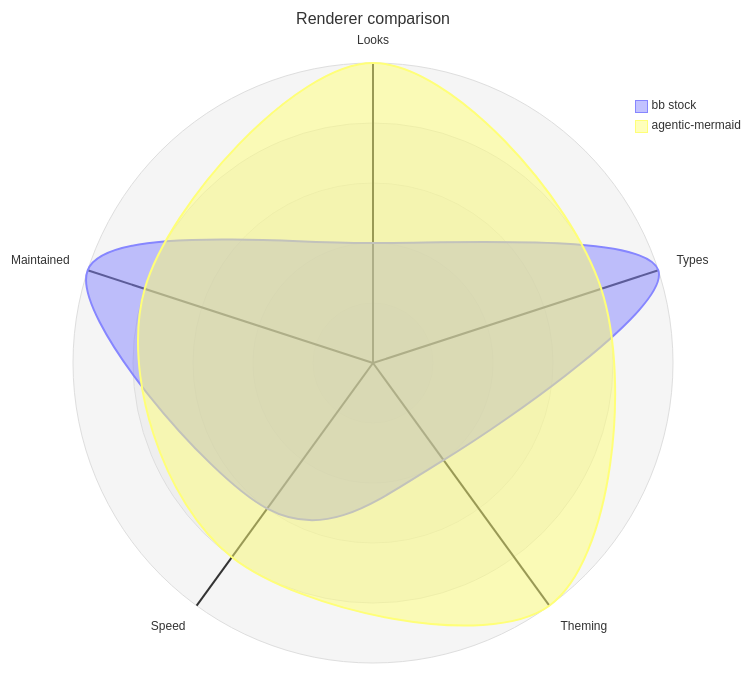
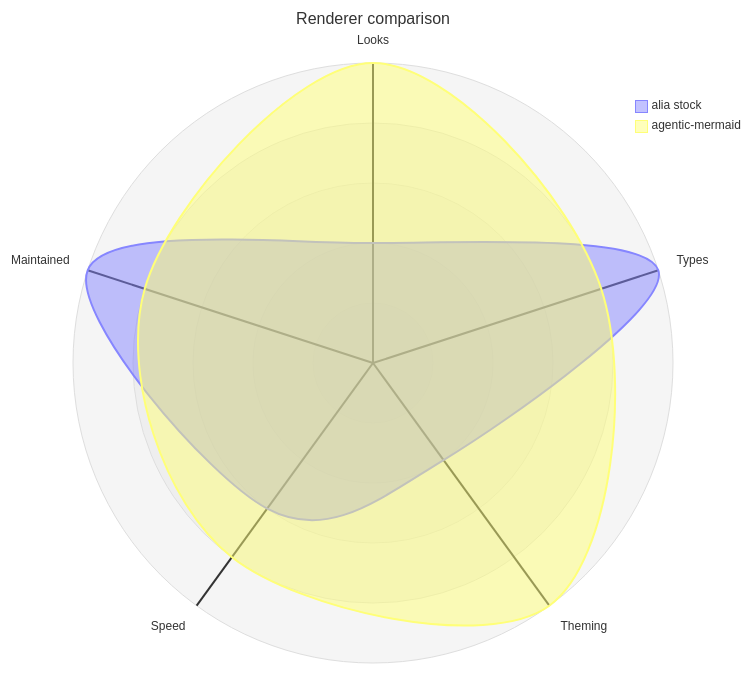
Diagram 14 of 18 in plugins/agentic-mermaid/gallery.md (Vesnalia/vesnalia-plugins), drawn with Mermaid before and after one commit. The commit also changed other lines of this file and 13306 other files, not shown here.

````diff
--- a/plugins/agentic-mermaid/gallery.md
+++ b/plugins/agentic-mermaid/gallery.md
@@ -210,8 +210,8 @@
 ```mermaid
 radar-beta
   title Renderer comparison
   axis look["Looks"], types["Types"], theme["Theming"], speed["Speed"], upkeep["Maintained"]
-  curve stock["bb stock"]{2, 5, 2, 3, 5}
+  curve stock["alia stock"]{2, 5, 2, 3, 5}
   curve agentic["agentic-mermaid"]{5, 4, 5, 4, 4}
   max 5
 ```
````
